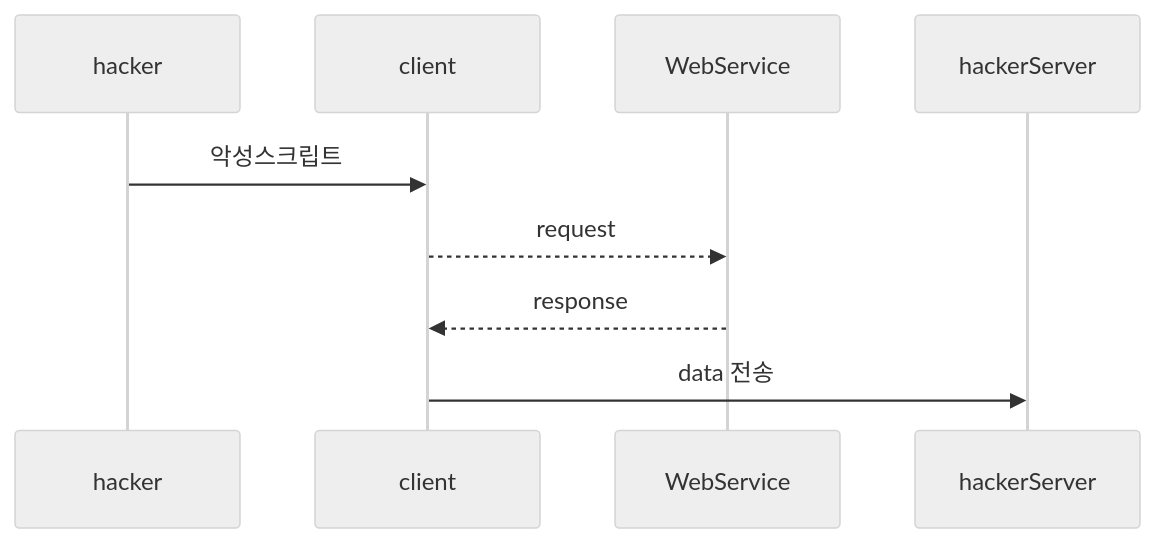
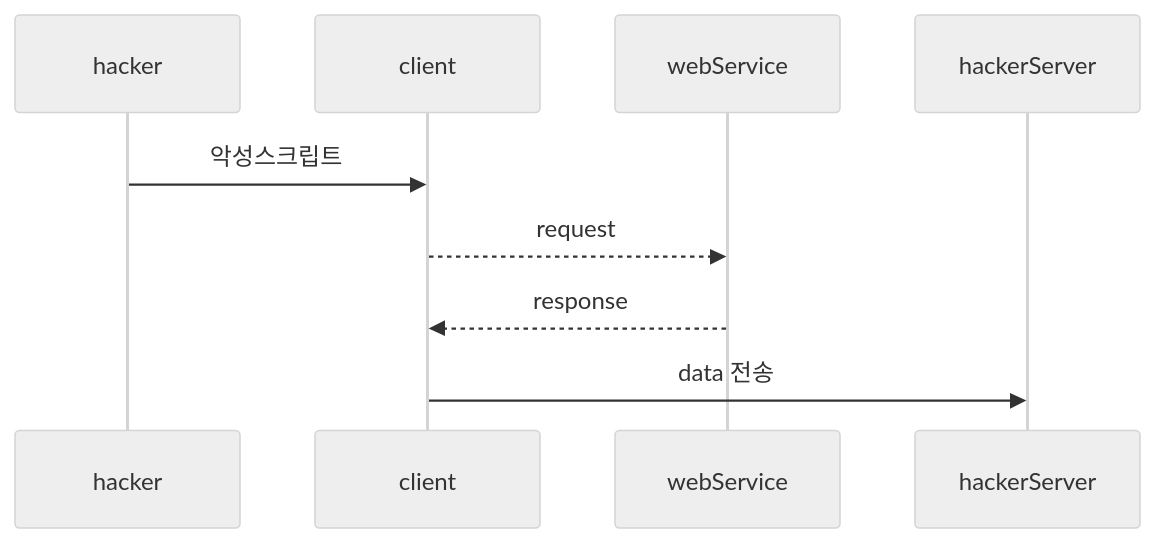
One commit to javython999/web-secure changed the fifth of 8 diagrams in doc/section05.md. Above: the diagram before and after it, drawn with Mermaid (neutral theme). The commit also changed other lines of this file, not shown here.

````diff
--- a/doc/section05.md
+++ b/doc/section05.md
@@ -57,9 +57,9 @@
 ```mermaid
 sequenceDiagram
     participant hacker
     participant client
     hacker ->> client: 악성스크립트
-    client -->> WebService: request
-    WebService -->> client: response
+    client -->> webService: request
+    webService -->> client: response
     client ->> hackerServer: data 전송
 ```
````
